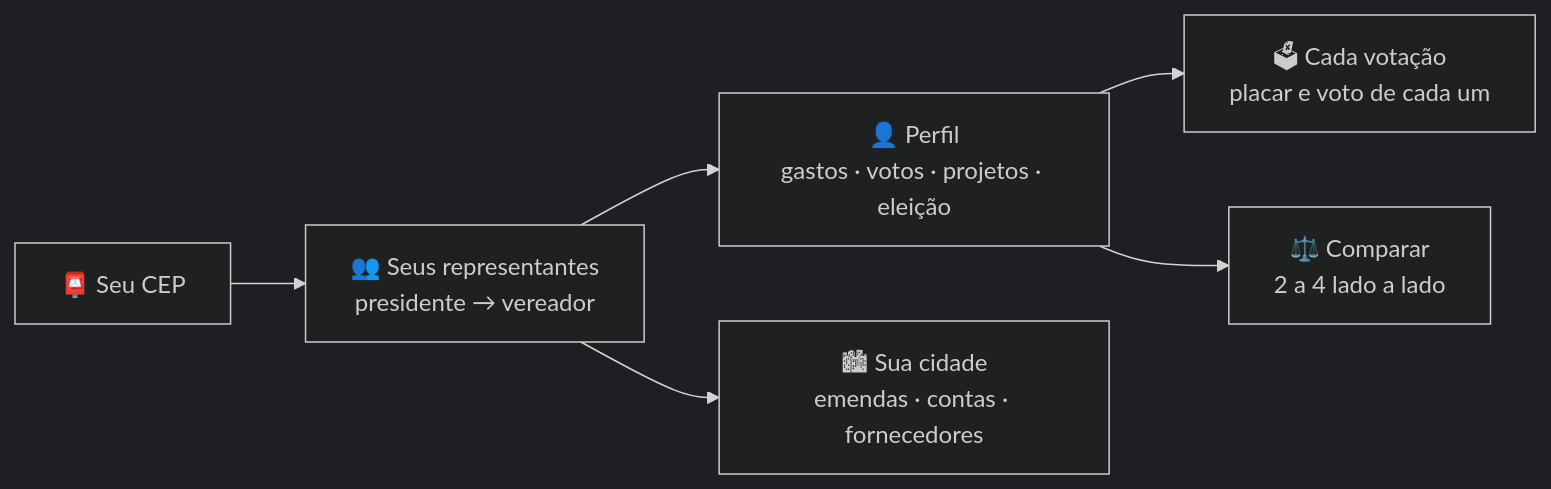
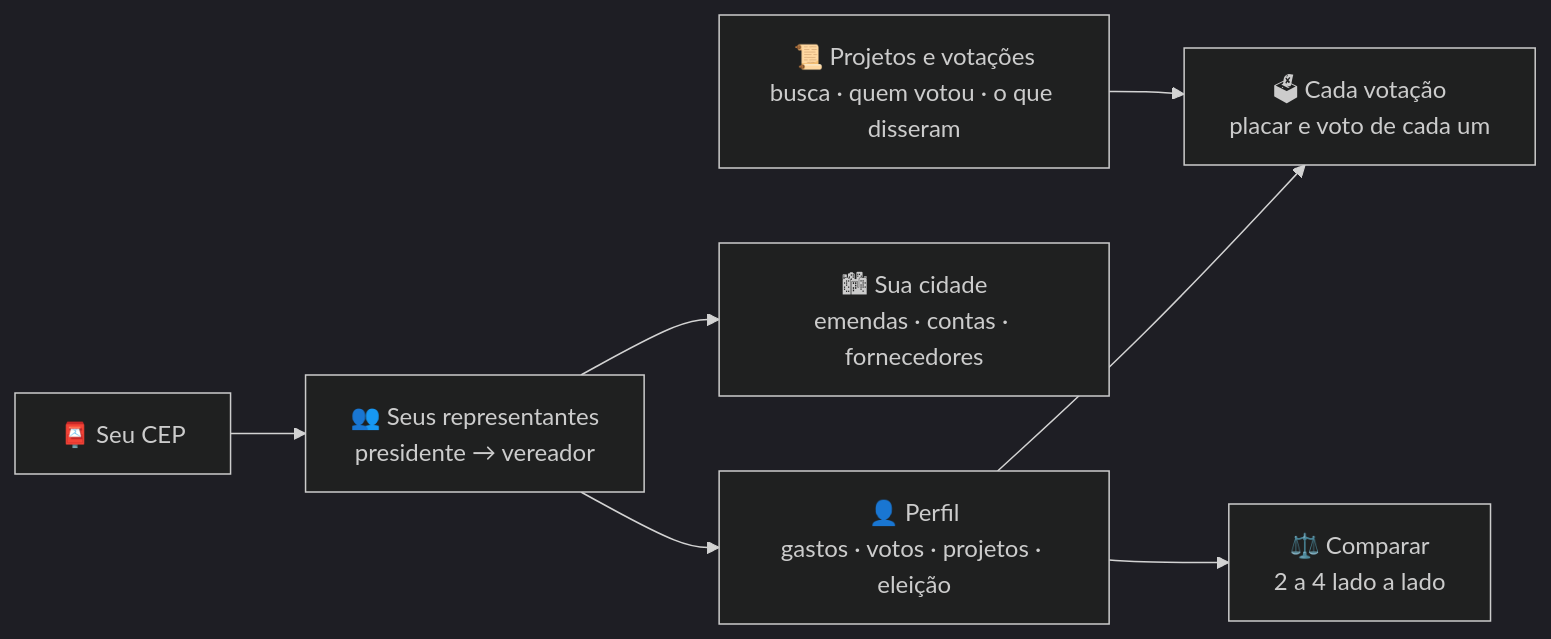
The first of 2 diagrams in README.md (Gipsy7/panoptico), drawn with Mermaid (dark theme) before and after one commit. The commit also changed other lines of this file, not shown here.

Commit message:
README: projetos e votações, filtros e tema

````diff
--- a/README.md
+++ b/README.md
@@ -39,8 +39,9 @@
 ```mermaid
 flowchart LR
     CEP["📮 Seu CEP"] --> R["👥 Seus representantes<br/>presidente → vereador"]
     R --> P["👤 Perfil<br/>gastos · votos · projetos · eleição"]
     R --> C["🏙 Sua cidade<br/>emendas · contas · fornecedores"]
     P --> V["🗳 Cada votação<br/>placar e voto de cada um"]
+    PJ["📜 Projetos e votações<br/>busca · quem votou · o que disseram"] --> V
     P --> CMP["⚖️ Comparar<br/>2 a 4 lado a lado"]
 ```
````
